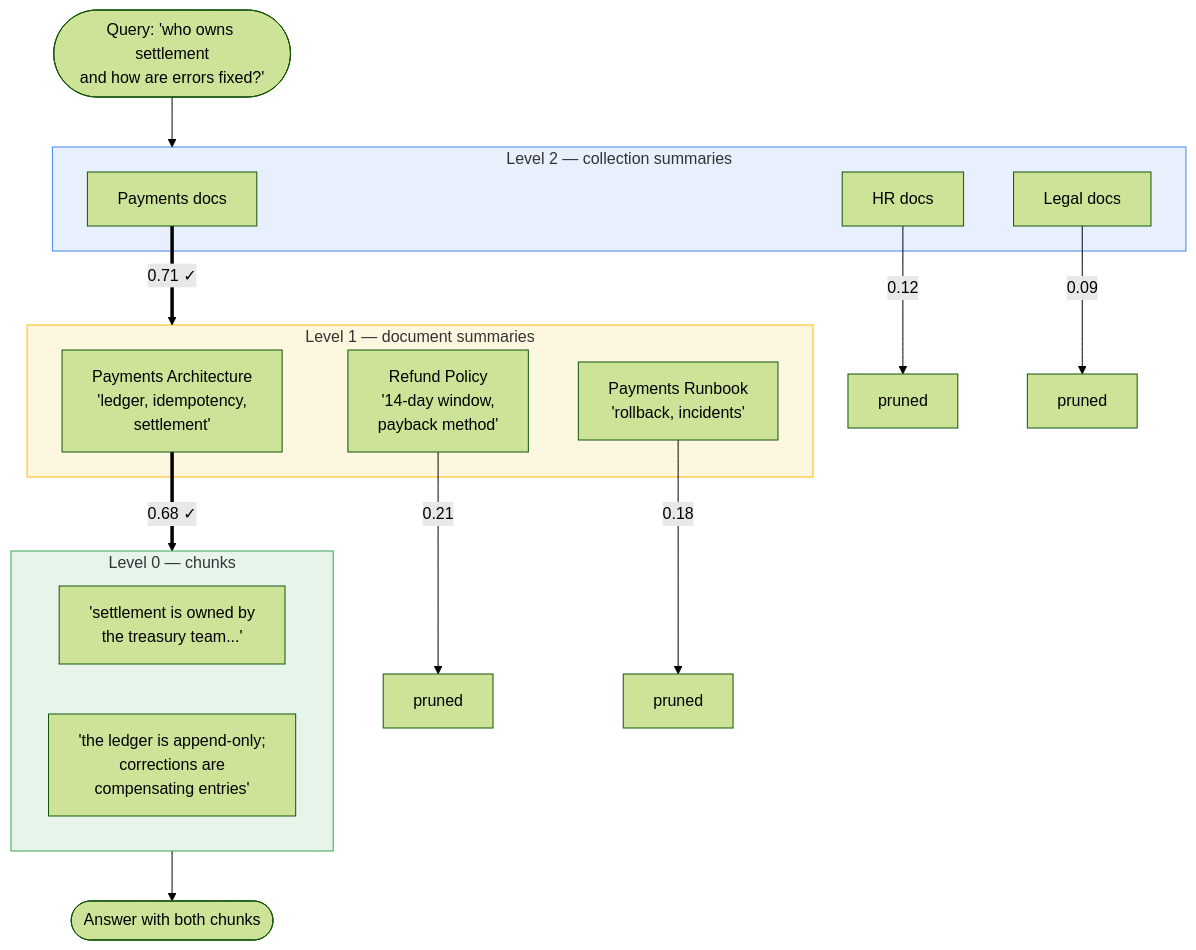
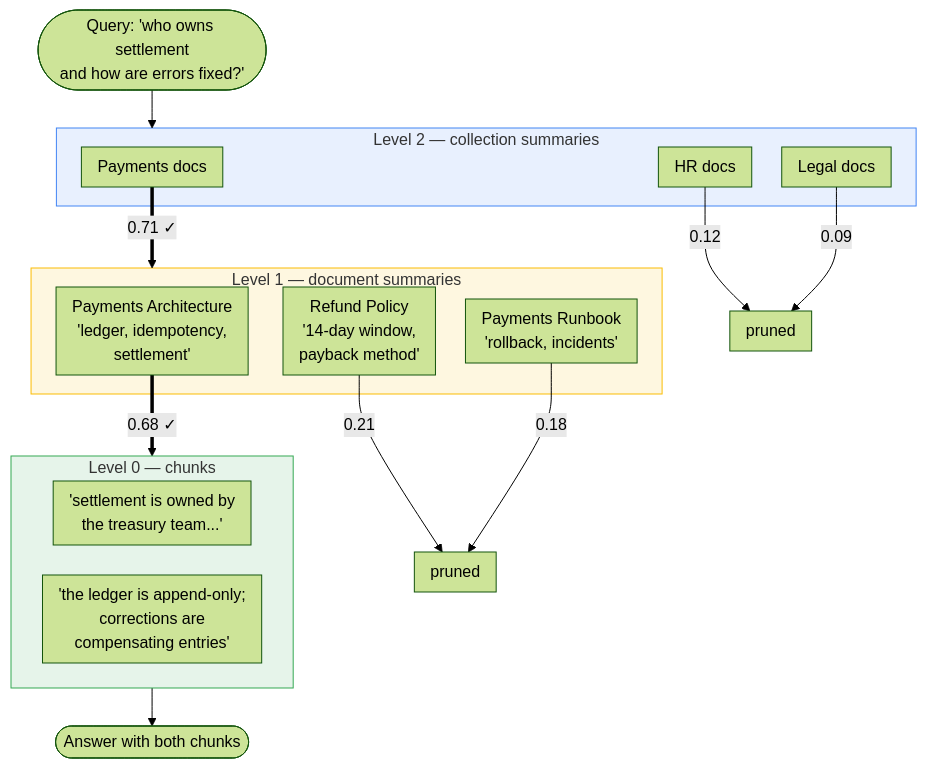
The second of 9 diagrams in rag/RAG_Architectures.adoc (fibaneza/public-tmp), drawn with Mermaid (forest theme) before and after one commit. The commit also changed other lines of this file and 19 other files, not shown here.

Commit message:
feat: add RAG observability guide, standardize mermaid diagrams, and update cross-references throughout documentation

```diff
--- a/rag/RAG_Architectures.adoc
+++ b/rag/RAG_Architectures.adoc
@@ -102,38 +105,39 @@
 [mermaid]
 ....
+%%{init: {"flowchart": {"nodeSpacing": 30, "rankSpacing": 38, "padding": 8}} }%%
 flowchart TB
     Q([Query: 'who owns settlement<br/>and how are errors fixed?'])
 
     Q --> L2
 
     subgraph L2["Level 2 — collection summaries"]
         C1["Payments docs"]
         C2["HR docs"]
         C3["Legal docs"]
     end
 
     C1 ==>|"0.71 ✓"| L1
     C2 -->|0.12| X1[pruned]
-    C3 -->|0.09| X2[pruned]
+    C3 -->|0.09| X1
 
     subgraph L1["Level 1 — document summaries"]
         D1["Payments Architecture<br/>'ledger, idempotency,<br/>settlement'"]
         D2["Refund Policy<br/>'14-day window,<br/>payback method'"]
         D3["Payments Runbook<br/>'rollback, incidents'"]
     end
 
     D1 ==>|"0.68 ✓"| L0
     D2 -->|0.21| X3[pruned]
-    D3 -->|0.18| X4[pruned]
+    D3 -->|0.18| X3
 
     subgraph L0["Level 0 — chunks"]
         P1["'settlement is owned by<br/>the treasury team...'"]
         P2["'the ledger is append-only;<br/>corrections are<br/>compensating entries'"]
     end
 
     L0 --> A([Answer with both chunks])
 
     style L2 fill:#e8f0fe,stroke:#4285f4
     style L1 fill:#fef7e0,stroke:#fbbc04
     style L0 fill:#e6f4ea,stroke:#34a853
 ....
```
